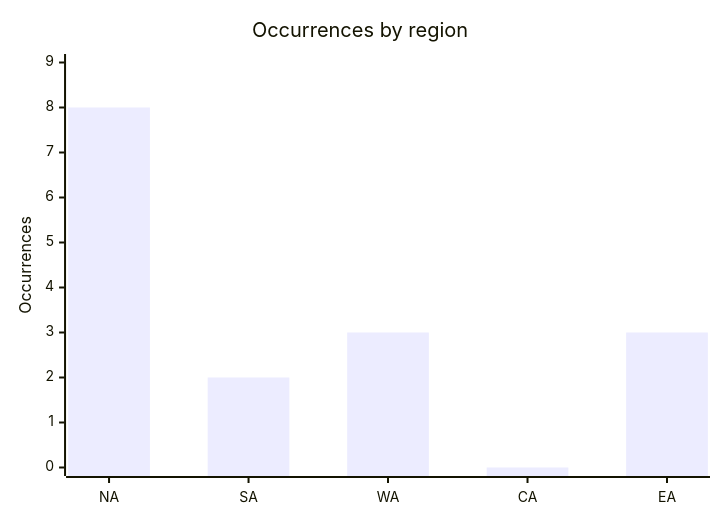
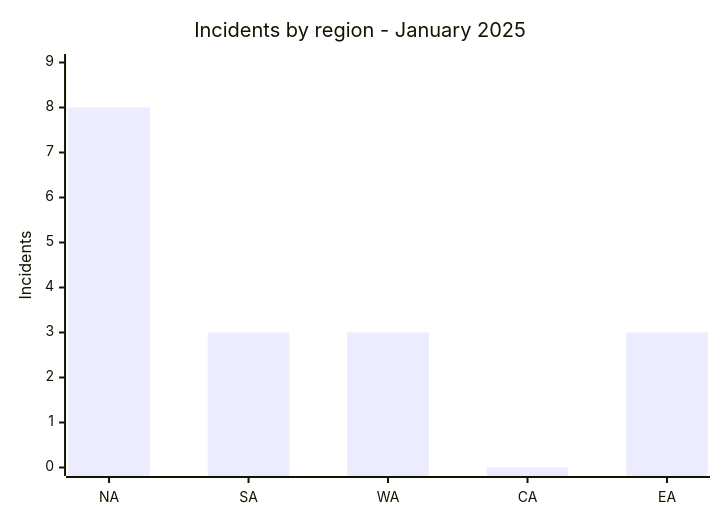
The fourth of 7 diagrams in CyberAttackAfrica/2025/01-january/README.md (Hatchepsoute/AFRINTEL), drawn with Mermaid before and after one commit. The commit also changed other lines of this file and 45 other files, not shown here.

````diff
--- a/CyberAttackAfrica/2025/01-january/README.md
+++ b/CyberAttackAfrica/2025/01-january/README.md
@@ -142,7 +123,7 @@
 ```mermaid
-xychart
-    title "Occurrences by region"
-    x-axis ["NA","SA","WA","CA","EA"]
-    y-axis "Occurrences" 0 --> 9
-    bar [8,2,3,0,3]
+xychart-beta
+    title "Incidents by region - January 2025"
+    x-axis ["NA", "SA", "WA", "CA", "EA"]
+    y-axis "Incidents" 0 --> 9
+    bar [8, 3, 3, 0, 3]
 ```
````
